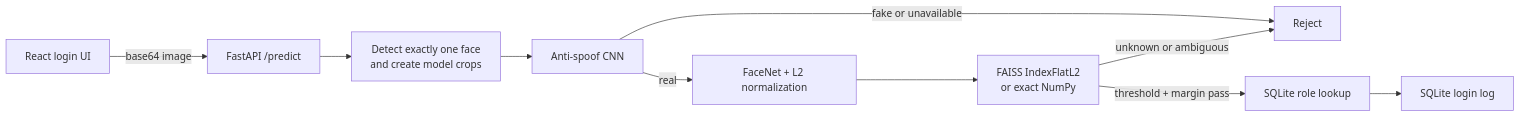
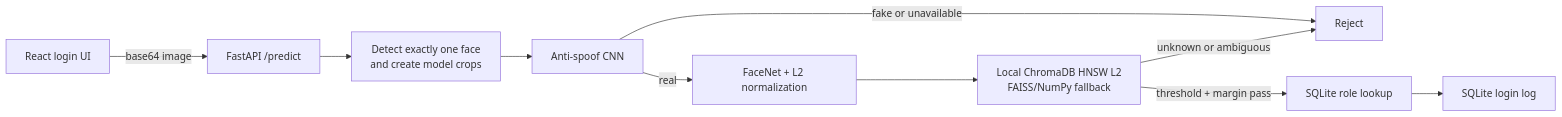
One commit to vu-xuan-hung/Face-Verification-Project-with-CNN changed the diagram in docs/codebase-summary.md. Above: the diagram before and after it, drawn with Mermaid. The commit also changed other lines of this file and 4 other files, not shown here.

````diff
--- a/docs/codebase-summary.md
+++ b/docs/codebase-summary.md
@@ -16,12 +16,12 @@
 ```mermaid
 flowchart LR
     UI[React login UI] -->|base64 image| API[FastAPI /predict]
     API --> PRE[Detect exactly one face\nand create model crops]
     PRE --> PAD[Anti-spoof CNN]
     PAD -->|fake or unavailable| REJECT[Reject]
     PAD -->|real| EMB[FaceNet + L2 normalization]
-    EMB --> IDX[FAISS IndexFlatL2\nor exact NumPy]
+    EMB --> IDX[Local ChromaDB HNSW L2\nFAISS/NumPy fallback]
     IDX -->|threshold + margin pass| ROLE[SQLite role lookup]
     ROLE --> LOG[SQLite login log]
     IDX -->|unknown or ambiguous| REJECT
 ```
````
